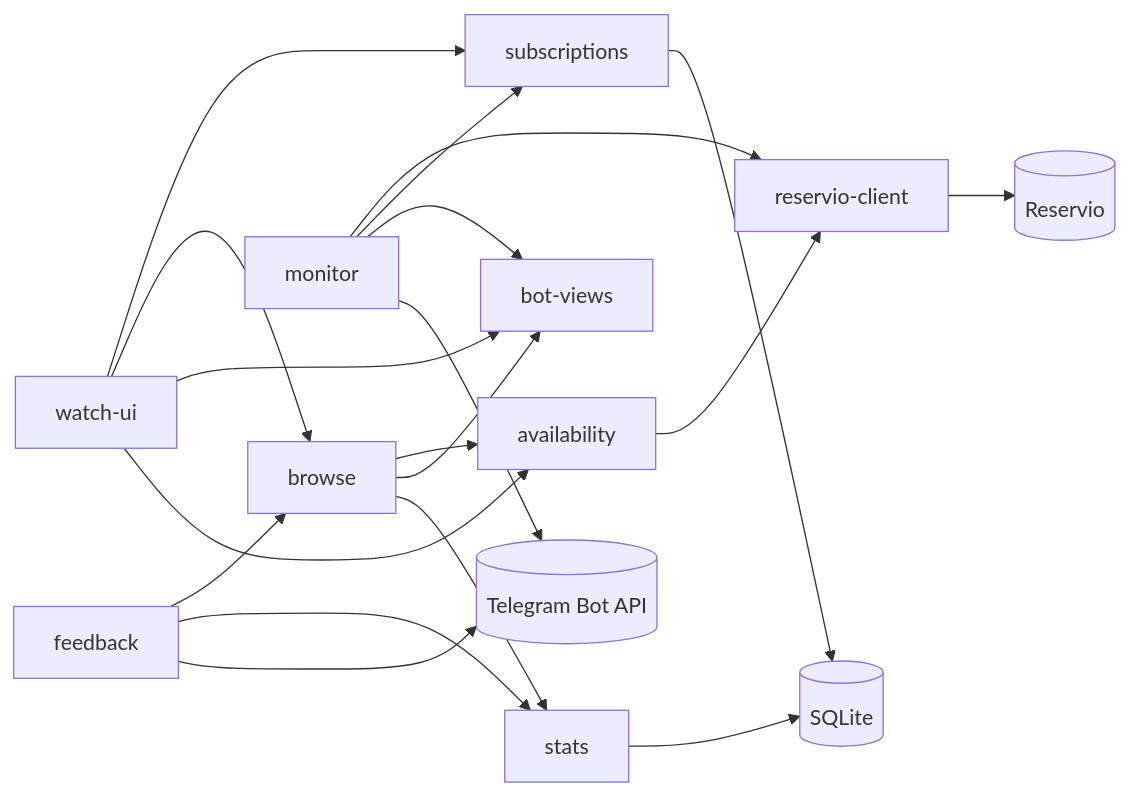
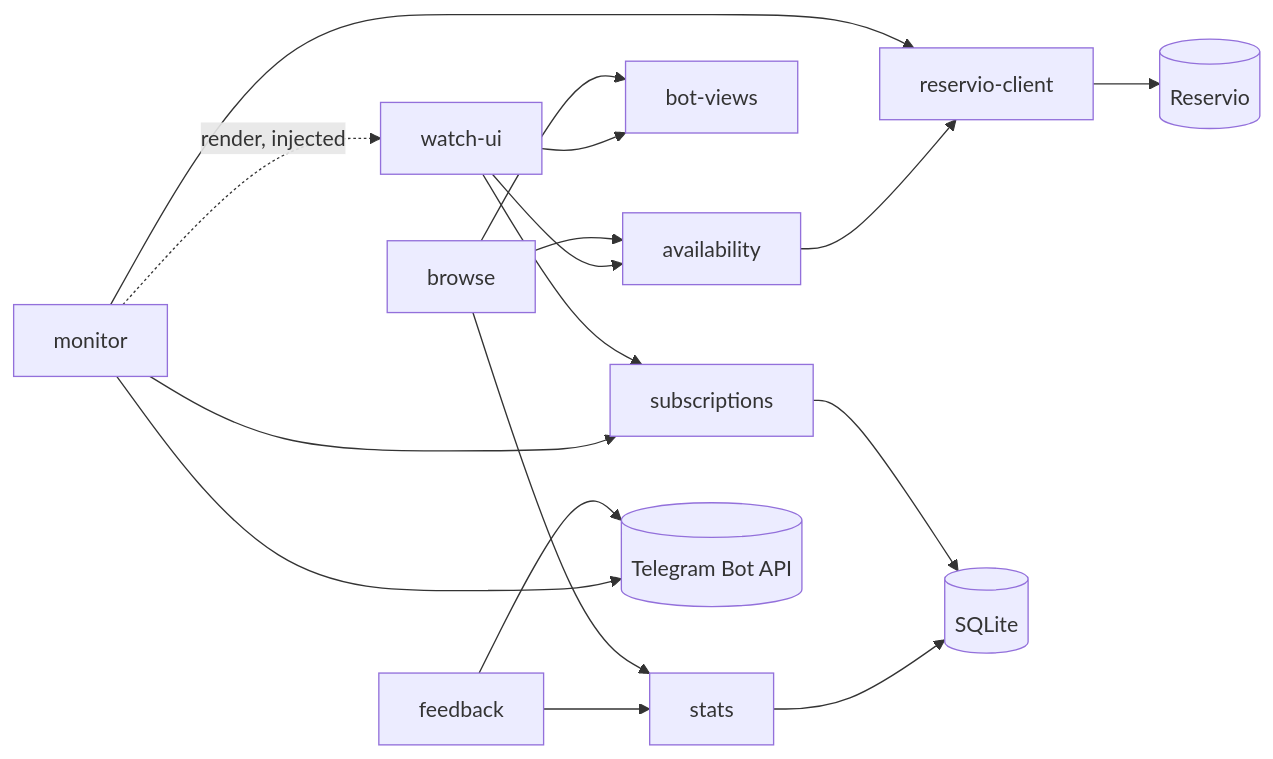
One commit to Kairick/padel-bot changed the diagram in docs/blocks/index.md. Above: the diagram before and after it, drawn with Mermaid. The commit also changed other lines of this file and 18 other files, not shown here.

````diff
--- a/docs/blocks/index.md
+++ b/docs/blocks/index.md
@@ -22,21 +22,19 @@
 ```mermaid
 flowchart LR
   browse --> availability
   browse --> views[bot-views]
   browse --> stats
   watch[watch-ui] --> subs[subscriptions]
-  watch --> browse
   watch --> views
   watch --> availability
-  feedback --> browse
   feedback --> stats
   feedback --> TG[(Telegram Bot API)]
   monitor --> client[reservio-client]
   monitor --> subs
-  monitor --> views
+  monitor -. render, injected .-> watch
   monitor --> TG
   availability --> client
   client --> RS[(Reservio)]
   subs --> DB[(SQLite)]
   stats --> DB
 ```
````
